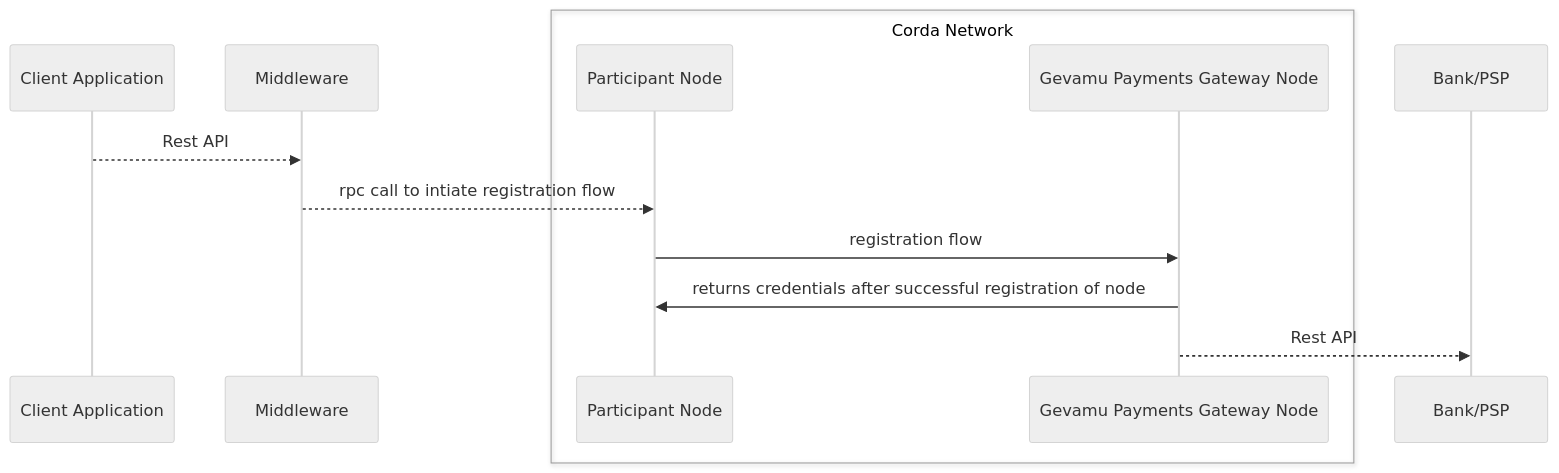
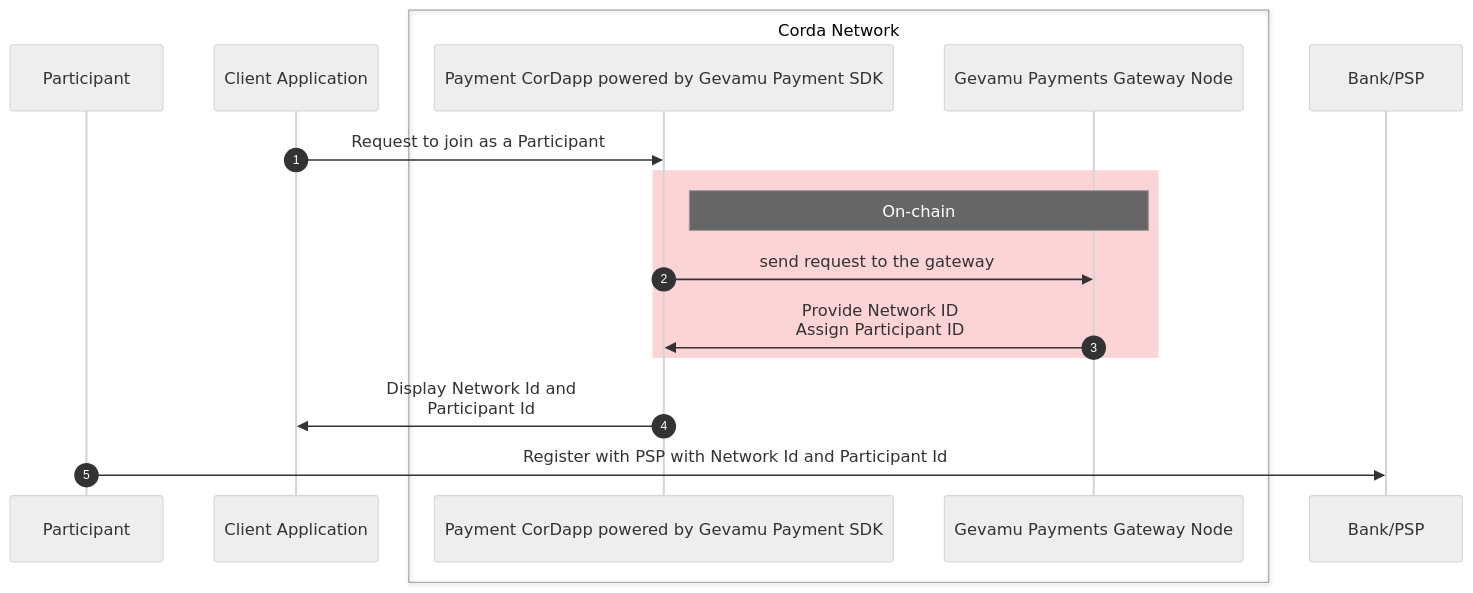
The diagram in content/3.workflow/3.participant-onboarding.md (gevamu/gevamu.github.io), drawn with Mermaid (neutral theme) before and after one commit.

Commit message:
update sequence diagram for participant onboarding

````diff
--- a/content/3.workflow/3.participant-onboarding.md
+++ b/content/3.workflow/3.participant-onboarding.md
@@ -16,23 +16,28 @@
 ```mermaid
 sequenceDiagram
+  autonumber
+ %% using slide 12
 
-  participant CA as Client Application
-  participant MW as Middleware 
+  participant p as Participant
+  participant ca as Client Application
 
   box Corda Network
-  participant PN as Participant Node
-  participant GN as Gevamu Payments Gateway Node
+  participant pc as Payment CorDapp powered by Gevamu Payment SDK 
+  participant gn as Gevamu Payments Gateway Node
   end
 
-  participant PSP as Bank/PSP
+  participant psp as Bank/PSP
 
-  CA -->> MW: Rest API
+  ca ->> pc: Request to join as a Participant
 
-  MW -->> PN: rpc call to intiate registration flow
+  rect rgb(252,212,213)
+  Note right of pc: On-chain
+  pc ->> gn: send request to the gateway
+  gn ->> pc: Provide Network ID <br/> Assign Participant ID
+  end
 
-  PN ->> GN: registration flow
-  GN ->> PN: returns credentials after successful registration of node 
+  pc ->> ca: Display Network Id and <br/> Participant Id 
 
-  GN -->> PSP: Rest API
+  p ->> psp: Register with PSP with Network Id and Participant Id 
   
 ```
````
